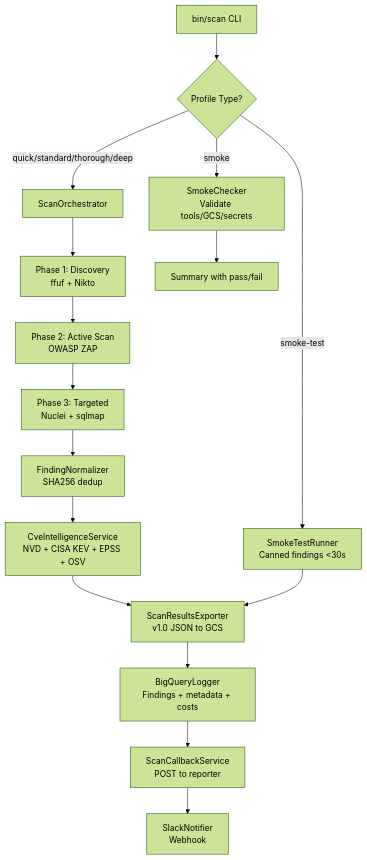
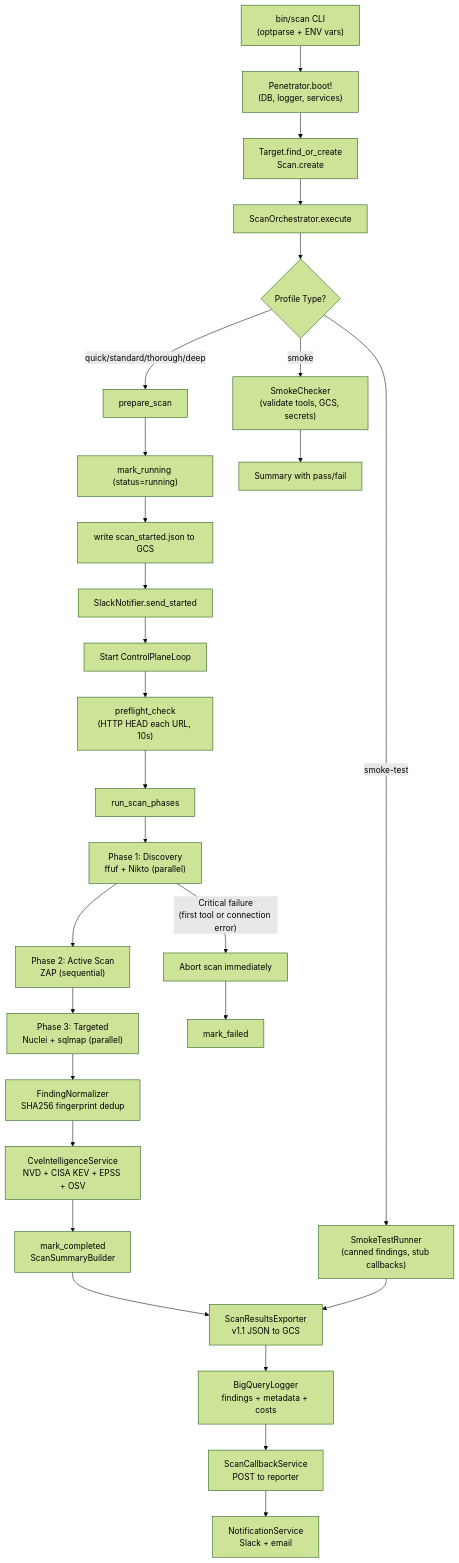
One commit to Peregrine-Technology-Systems/peregrine-penetrator-scanner changed the fourth of 24 diagrams in docs/ARCHITECTURE.md. Above: the diagram before and after it, drawn with Mermaid (forest theme). The commit also changed other lines of this file and 1 other file, not shown here.

Commit message:
docs: comprehensive architecture documentation with Mermaid diagrams (#621)

````diff
--- a/docs/ARCHITECTURE.md
+++ b/docs/ARCHITECTURE.md
@@ -40,20 +196,37 @@
 ```mermaid
 flowchart TD
-    A[bin/scan CLI] --> B{Profile Type?}
-    B -->|smoke-test| C[SmokeTestRunner<br/>Canned findings &lt;30s]
-    B -->|smoke| D[SmokeChecker<br/>Validate tools/GCS/secrets]
-    B -->|quick/standard/thorough/deep| E[ScanOrchestrator]
+    A["bin/scan CLI<br/>(optparse + ENV vars)"] --> B["Penetrator.boot!<br/>(DB, logger, services)"]
+    B --> C["Target.find_or_create<br/>Scan.create"]
+    C --> D["ScanOrchestrator.execute"]
 
-    E --> F[Phase 1: Discovery<br/>ffuf + Nikto]
-    F --> G[Phase 2: Active Scan<br/>OWASP ZAP]
-    G --> H[Phase 3: Targeted<br/>Nuclei + sqlmap]
-    H --> I[FindingNormalizer<br/>SHA256 dedup]
-    I --> J[CveIntelligenceService<br/>NVD + CISA KEV + EPSS + OSV]
-    J --> K[ScanResultsExporter<br/>v1.0 JSON to GCS]
-    K --> L[BigQueryLogger<br/>Findings + metadata + costs]
-    L --> M[ScanCallbackService<br/>POST to reporter]
-    M --> N[SlackNotifier<br/>Webhook]
+    D --> E{Profile Type?}
+    E -->|"smoke-test"| F["SmokeTestRunner<br/>(canned findings, stub callbacks)"]
+    E -->|"smoke"| G["SmokeChecker<br/>(validate tools, GCS, secrets)"]
+    E -->|"quick/standard/thorough/deep"| H["prepare_scan"]
 
-    C --> K
-    D --> O[Summary with pass/fail]
+    H --> H1["mark_running (status=running)"]
+    H1 --> H2["write scan_started.json to GCS"]
+    H2 --> H3["SlackNotifier.send_started"]
+    H3 --> H4["Start ControlPlaneLoop"]
+    H4 --> I["preflight_check<br/>(HTTP HEAD each URL, 10s)"]
+    I --> J["run_scan_phases"]
+
+    J --> K["Phase 1: Discovery<br/>ffuf + Nikto (parallel)"]
+    K --> L["Phase 2: Active Scan<br/>ZAP (sequential)"]
+    L --> M["Phase 3: Targeted<br/>Nuclei + sqlmap (parallel)"]
+
+    M --> N["FindingNormalizer<br/>SHA256 fingerprint dedup"]
+    N --> O["CveIntelligenceService<br/>NVD + CISA KEV + EPSS + OSV"]
+    O --> P["mark_completed<br/>ScanSummaryBuilder"]
+
+    P --> Q["ScanResultsExporter<br/>v1.1 JSON to GCS"]
+    Q --> R["BigQueryLogger<br/>findings + metadata + costs"]
+    R --> S["ScanCallbackService<br/>POST to reporter"]
+    S --> T["NotificationService<br/>Slack + email"]
+
+    F --> Q
+    G --> U["Summary with pass/fail"]
+
+    K -->|"Critical failure<br/>(first tool or connection error)"| V["Abort scan immediately"]
+    V --> W["mark_failed"]
 ```
````
